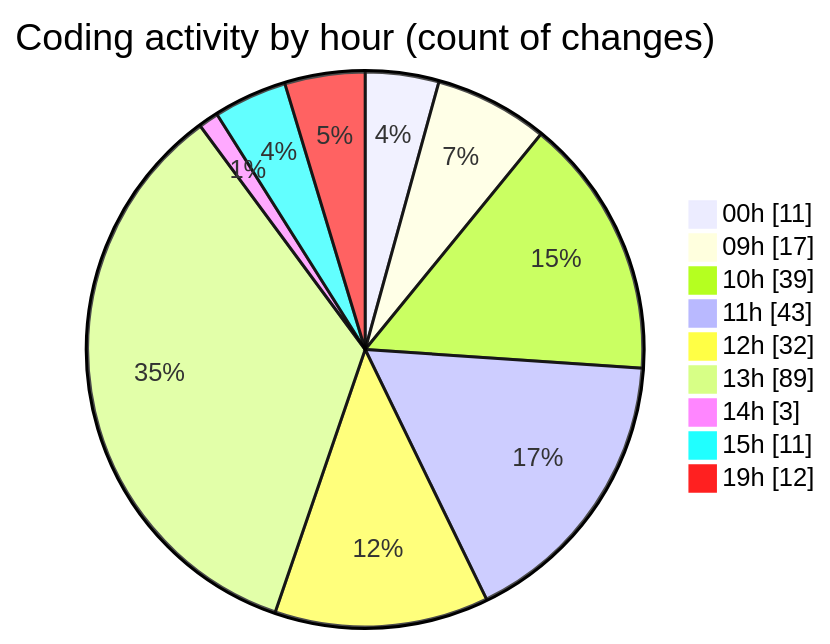
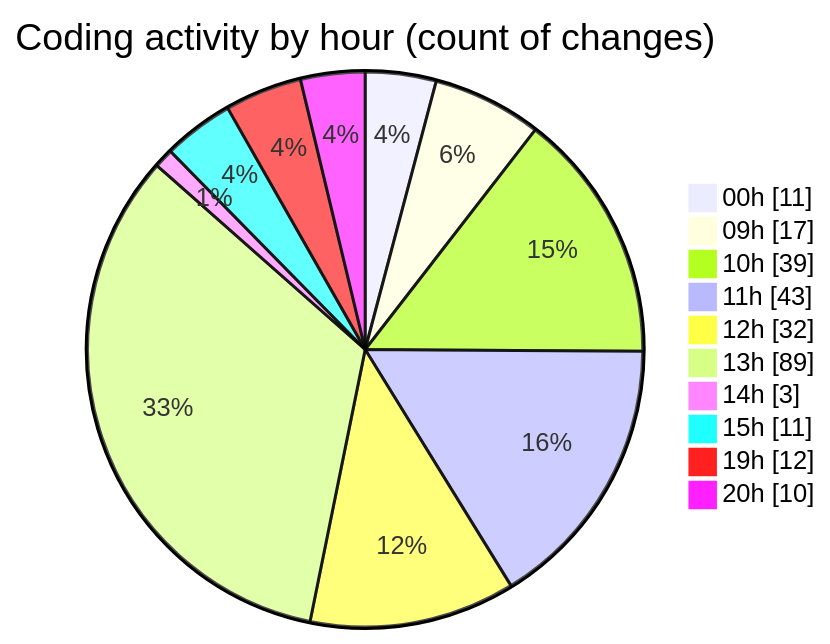
Before and after one commit to momahboobian/code-tracking: the second of 2 diagrams in 2026-09-02/cda/README.md, drawn with Mermaid. The commit also changed other lines of this file and 1 other file, not shown here.

````diff
--- a/2026-09-02/cda/README.md
+++ b/2026-09-02/cda/README.md
@@ -91,13 +91,14 @@
 ```mermaid
 pie showData
 title Coding activity by hour (count of changes)
 "00h" : 11
 "09h" : 17
 "10h" : 39
 "11h" : 43
 "12h" : 32
 "13h" : 89
 "14h" : 3
 "15h" : 11
 "19h" : 12
+"20h" : 10
 ```
````
